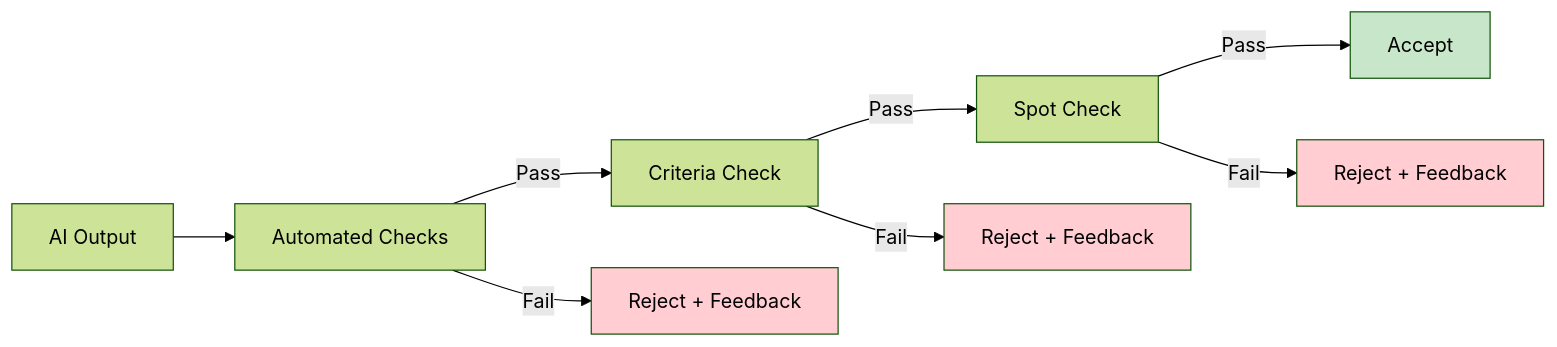
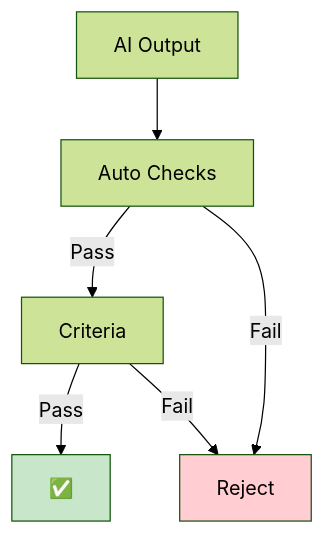
One commit to TheBushidoCollective/han changed the fifth of 7 diagrams in website/content/papers/ai-dlc-2026/runbooks/adoption/skills-training.md. Above: the diagram before and after it, drawn with Mermaid (forest theme). The commit also changed other lines of this file and 21 other files, not shown here.

First line of the commit message:
fix(website): convert all AI-DLC runbook Mermaid diagrams to TB layout

````diff
--- a/website/content/papers/ai-dlc-2026/runbooks/adoption/skills-training.md
+++ b/website/content/papers/ai-dlc-2026/runbooks/adoption/skills-training.md
@@ -154,15 +144,11 @@
 ```mermaid
-flowchart LR
-    O[AI Output] --> A[Automated Checks]
-    A -->|Pass| C[Criteria Check]
-    A -->|Fail| R1[Reject + Feedback]
-    C -->|Pass| S[Spot Check]
-    C -->|Fail| R2[Reject + Feedback]
-    S -->|Pass| Accept
-    S -->|Fail| R3[Reject + Feedback]
+flowchart TB
+    O[AI Output] --> A[Auto Checks]
+    A -->|Pass| C[Criteria]
+    A -->|Fail| R[Reject]
+    C -->|Pass| Accept[✅]
+    C -->|Fail| R
 
     style Accept fill:#c8e6c9
-    style R1 fill:#ffcdd2
-    style R2 fill:#ffcdd2
-    style R3 fill:#ffcdd2
+    style R fill:#ffcdd2
 ```
````
